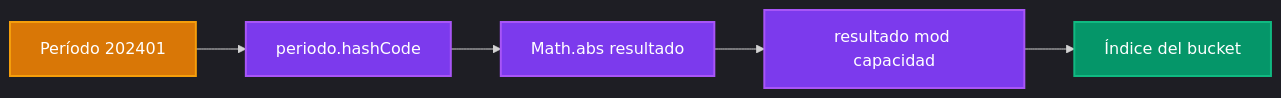
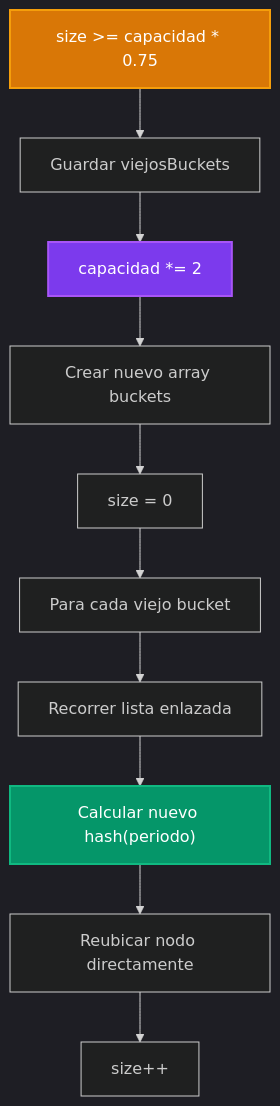
Before and after one commit to pybalt/algo2: the seventh of 17 diagrams in tp-final/README_IMPLEMENTACIONES.md, drawn with Mermaid. The commit also changed other lines of this file, not shown here.

Commit message:
Revise README_IMPLEMENTACIONES.md to update data structure descriptions, enhance diagram clarity, and improve overall organization. Key changes include restructuring sections on data hierarchies, refining hash table explanations, and optimizing visual elements for better readability.

````diff
--- a/tp-final/README_IMPLEMENTACIONES.md
+++ b/tp-final/README_IMPLEMENTACIONES.md
@@ -171,14 +184,17 @@
 ```mermaid
 %%{init: {'theme':'dark'}}%%
-flowchart LR
-    A[Período 202401] --> B[periodo.hashCode]
-    B --> C[Math.abs resultado]
-    C --> D[resultado mod capacidad]
-    D --> E[Índice del bucket]
+flowchart TD
+    A["size >= capacidad * 0.75"] --> B["Guardar viejosBuckets"]
+    B --> C["capacidad *= 2"]
+    C --> D["Crear nuevo array buckets"]
+    D --> E["size = 0"]
+    E --> F["Para cada viejo bucket"]
+    F --> G["Recorrer lista enlazada"]
+    G --> H["Calcular nuevo hash(periodo)"]
+    H --> I["Reubicar nodo directamente"]
+    I --> J["size++"]
     
     style A fill:#d97706,stroke:#f59e0b,stroke-width:2px,color:#fff
-    style B fill:#7c3aed,stroke:#a855f7,stroke-width:2px,color:#fff
     style C fill:#7c3aed,stroke:#a855f7,stroke-width:2px,color:#fff
-    style D fill:#7c3aed,stroke:#a855f7,stroke-width:2px,color:#fff
-    style E fill:#059669,stroke:#10b981,stroke-width:2px,color:#fff
+    style H fill:#059669,stroke:#10b981,stroke-width:2px,color:#fff
 ```
````
